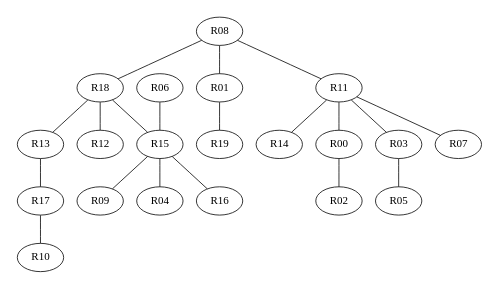
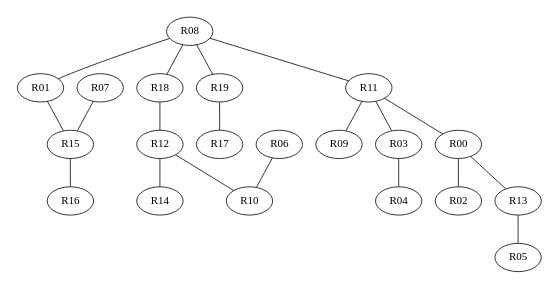
Before and after one commit to frhyme/frhyme.github.io: the diagram in _posts/personal_ipynb/Graph.gv, drawn with Graphviz. The commit also changed 10 other files, not shown here.

```diff
--- a/_posts/personal_ipynb/Graph.gv
+++ b/_posts/personal_ipynb/Graph.gv
@@ -1,60 +1,60 @@
 graph {
 	graph [size="12,2"]
 	R08
 	R11
 	R08 -- R11
 	R08
 	R18
 	R08 -- R18
 	R08
 	R01
 	R08 -- R01
-	R11
-	R14
-	R11 -- R14
+	R08
+	R19
+	R08 -- R19
 	R11
 	R00
 	R11 -- R00
 	R11
 	R03
 	R11 -- R03
 	R11
-	R07
-	R11 -- R07
-	R18
-	R15
-	R18 -- R15
+	R09
+	R11 -- R09
 	R18
 	R12
 	R18 -- R12
-	R18
-	R13
-	R18 -- R13
 	R01
-	R19
-	R01 -- R19
+	R15
+	R01 -- R15
+	R07
+	R15
+	R07 -- R15
 	R03
-	R05
-	R03 -- R05
+	R04
+	R03 -- R04
 	R00
 	R02
 	R00 -- R02
+	R00
+	R13
+	R00 -- R13
+	R12
+	R14
+	R12 -- R14
+	R12
+	R10
+	R12 -- R10
 	R06
-	R15
-	R06 -- R15
+	R10
+	R06 -- R10
 	R15
 	R16
 	R15 -- R16
-	R15
-	R09
-	R15 -- R09
-	R15
-	R04
-	R15 -- R04
 	R13
+	R05
+	R13 -- R05
+	R19
 	R17
-	R13 -- R17
-	R17
-	R10
-	R17 -- R10
+	R19 -- R17
 }
```
